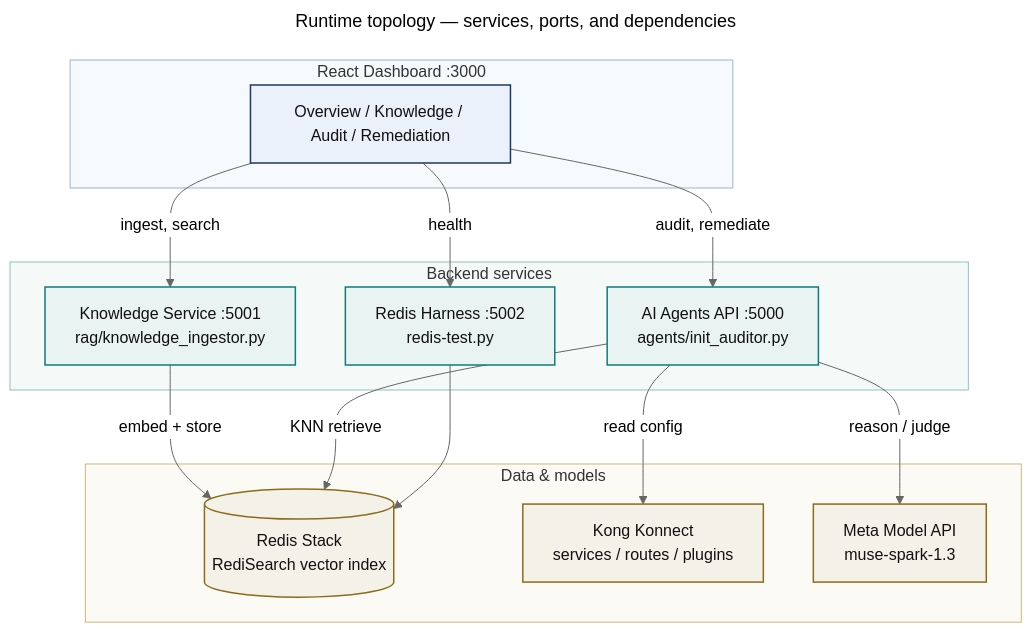
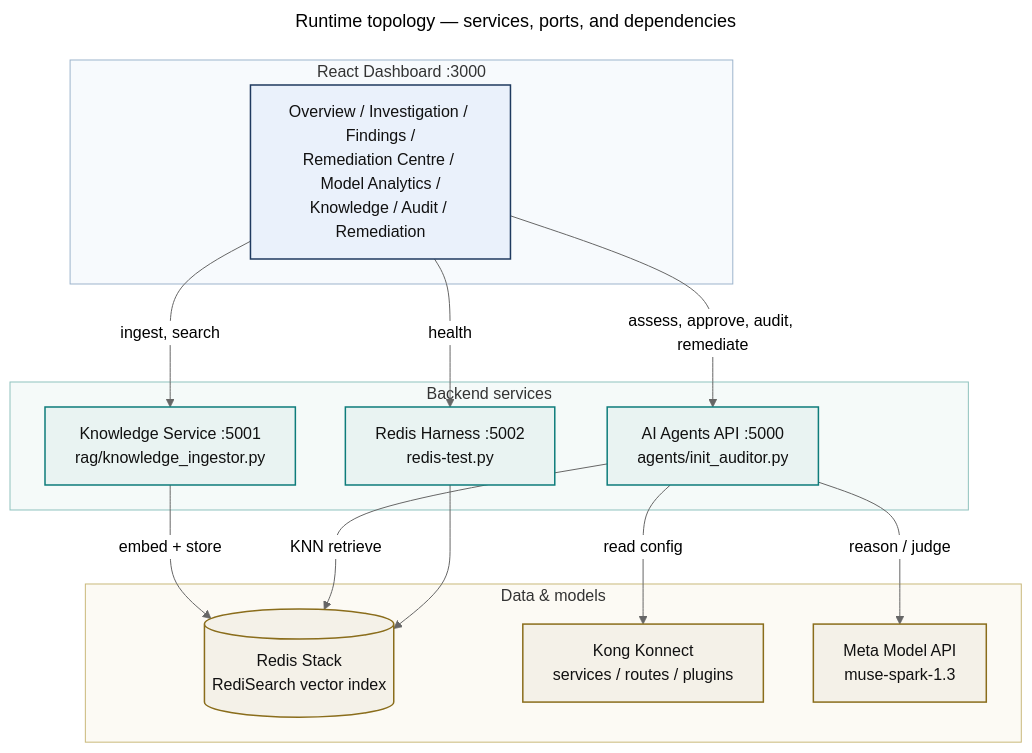
The fourth of 5 diagrams in README.md (SachinGhumbre/enterprise-api-security-auditor-agents), drawn with Mermaid (neutral theme) before and after one commit. The commit also changed other lines of this file and 94 other files, not shown here.

````diff
--- a/README.md
+++ b/README.md
@@ -326,40 +331,40 @@
 ```mermaid
 ---
 title: Runtime topology — services, ports, and dependencies
 ---
 flowchart TB
     subgraph UI["React Dashboard :3000"]
-        D[Overview / Knowledge / Audit / Remediation]
+        D["Overview / Investigation / Findings /<br/>Remediation Centre / Model Analytics /<br/>Knowledge / Audit / Remediation"]
     end
 
     subgraph SVC["Backend services"]
         A["AI Agents API :5000<br/>agents/init_auditor.py"]
         K["Knowledge Service :5001<br/>rag/knowledge_ingestor.py"]
         R["Redis Harness :5002<br/>redis-test.py"]
     end
 
     subgraph DATA["Data & models"]
         RS[("Redis Stack<br/>RediSearch vector index")]
         KONG["Kong Konnect<br/>services / routes / plugins"]
         META["Meta Model API<br/>muse-spark-1.3"]
     end
 
-    D -->|audit, remediate| A
+    D -->|assess, approve, audit, remediate| A
     D -->|ingest, search| K
     D -->|health| R
     K -->|embed + store| RS
     A -->|KNN retrieve| RS
     A -->|read config| KONG
     A -->|reason / judge| META
     R --> RS
 
     classDef client fill:#EAF1FB,stroke:#1F3A5F,stroke-width:1.5px,color:#111;
     classDef svc fill:#E9F3F2,stroke:#0E7C7B,stroke-width:1.5px,color:#111;
     classDef ext fill:#F4F1E8,stroke:#8A6D1B,stroke-width:1.5px,color:#111;
     class D client;
     class A,K,R svc;
     class RS,KONG,META ext;
     style UI fill:#F7FAFD,stroke:#9DB4CC
     style SVC fill:#F5FAF9,stroke:#8FC2BE
     style DATA fill:#FCFAF4,stroke:#C9B87A
 ```
````
